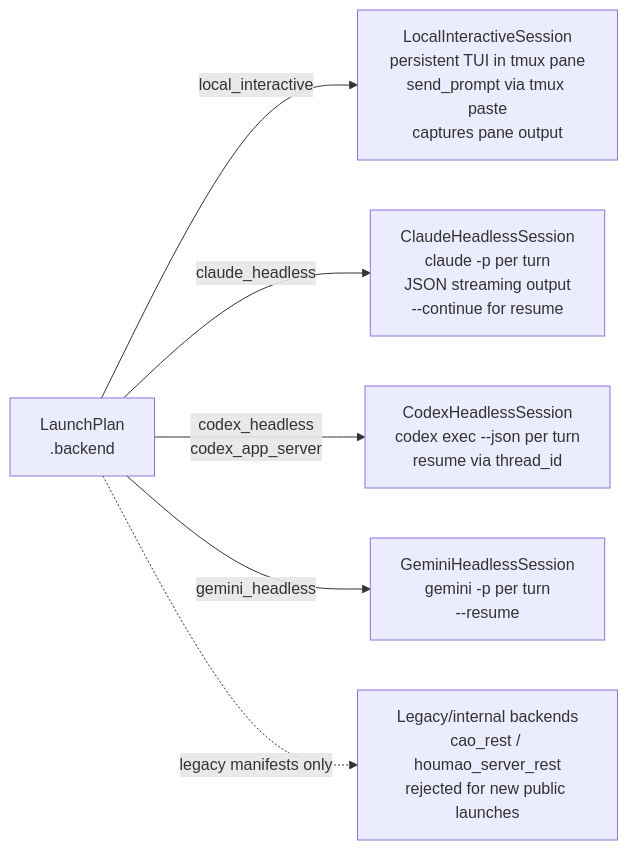
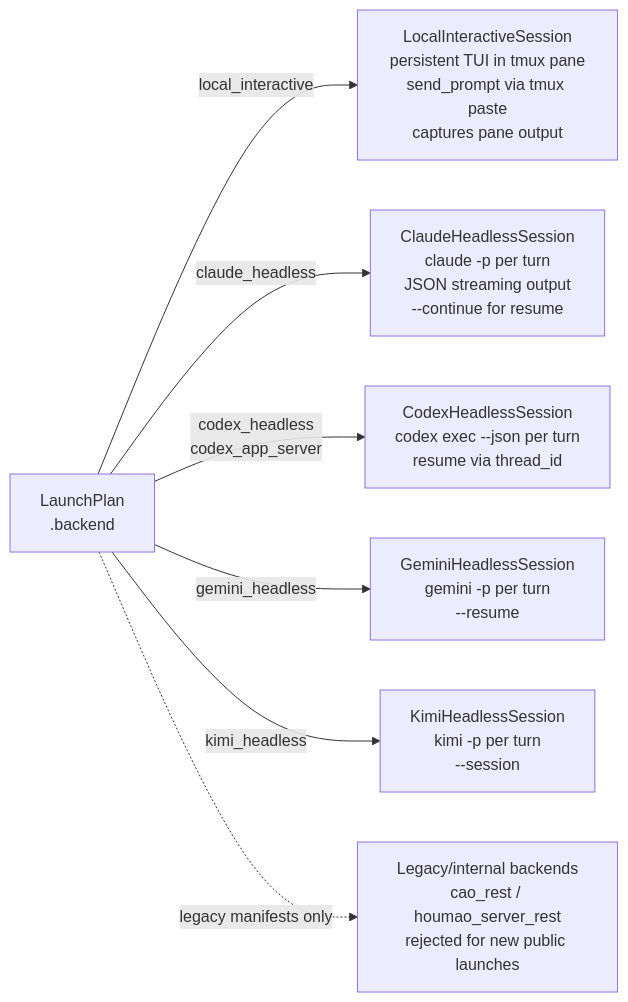
The diagram in docs/reference/run-phase/backends.md (igamenovoer/houmao), drawn with Mermaid before and after one commit. The commit also changed other lines of this file and 85 other files, not shown here.

Commit message:
feat: add Kimi headless support

````diff
--- a/docs/reference/run-phase/backends.md
+++ b/docs/reference/run-phase/backends.md
@@ -23,16 +24,18 @@
 ```mermaid
 flowchart LR
     LP["LaunchPlan<br/>.backend"]
 
     LI["LocalInteractiveSession<br/>persistent TUI in tmux pane<br/>send_prompt via tmux paste<br/>captures pane output"]
     CH["ClaudeHeadlessSession<br/>claude -p per turn<br/>JSON streaming output<br/>--continue for resume"]
     CX["CodexHeadlessSession<br/>codex exec --json per turn<br/>resume via thread_id"]
     GH["GeminiHeadlessSession<br/>gemini -p per turn<br/>--resume <session_id>"]
+    KH["KimiHeadlessSession<br/>kimi -p per turn<br/>--session <session_id>"]
     LEG["Legacy/internal backends<br/>cao_rest / houmao_server_rest<br/>rejected for new public launches"]
 
     LP -->|local_interactive| LI
     LP -->|claude_headless| CH
     LP -->|codex_headless<br/>codex_app_server| CX
     LP -->|gemini_headless| GH
+    LP -->|kimi_headless| KH
     LP -.->|legacy manifests only| LEG
 ```
````
